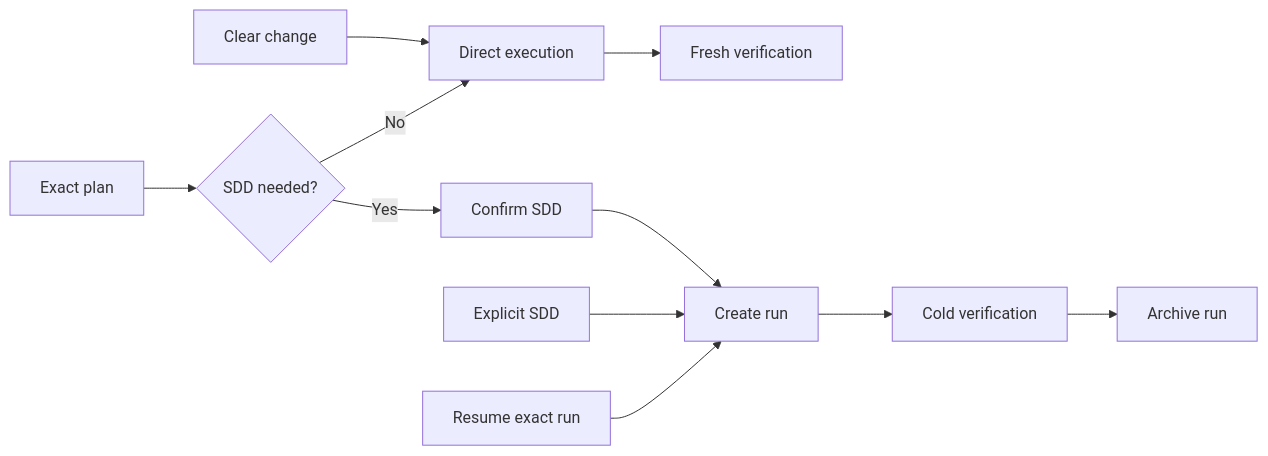
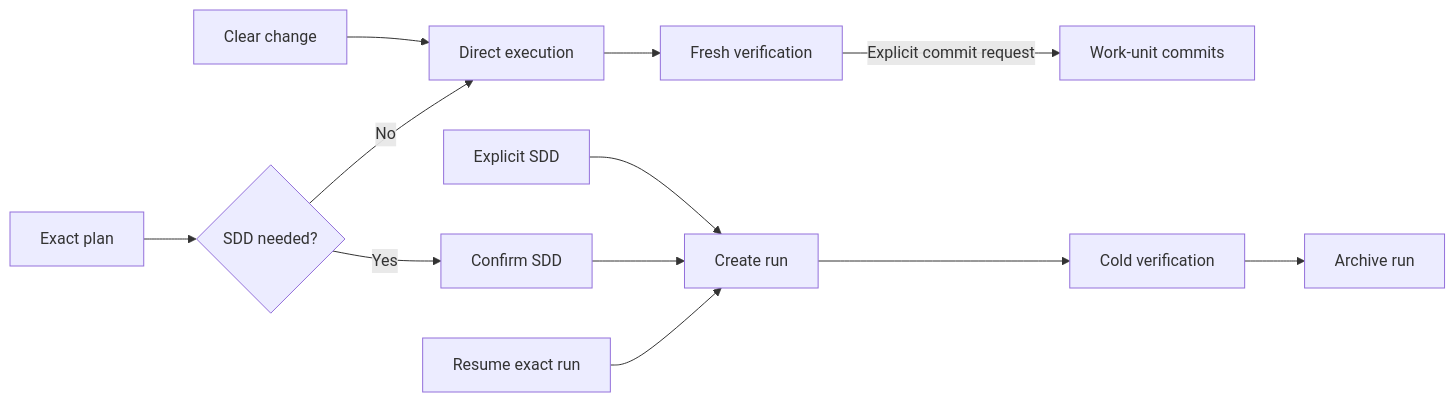
The diagram in domains/orchestration/README.md (andresnator/agents-orchestrator), drawn with Mermaid before and after one commit. The commit also changed other lines of this file and 20 other files, not shown here.

````diff
--- a/domains/orchestration/README.md
+++ b/domains/orchestration/README.md
@@ -20,13 +20,14 @@
 ```mermaid
 flowchart LR
     change[Clear change] --> direct[Direct execution]
     plan[Exact plan] --> route{SDD needed?}
     route -->|No| direct
     route -->|Yes| confirm[Confirm SDD]
     explicit[Explicit SDD] --> run[Create run]
     confirm --> run
     resume[Resume exact run] --> run
     direct --> verify[Fresh verification]
+    verify -->|Explicit commit request| units[Work-unit commits]
     run --> cold[Cold verification]
     cold --> archive[Archive run]
 ```
````
